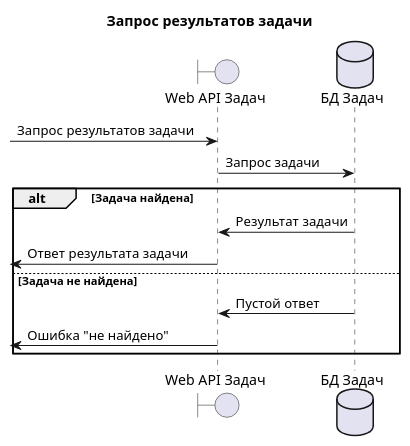
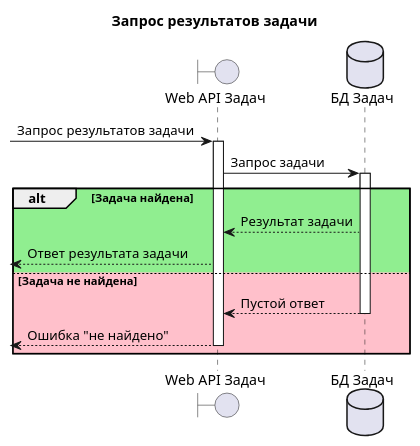
Before and after one commit to mrypdm/JobSystem: the second of 3 diagrams in docs/diagrams/sequence/Jobs.WebApi.puml, drawn with PlantUML. The commit also changed other lines of this file and 2 other files, not shown here.

Commit message:
improve sequences

```diff
--- a/docs/diagrams/sequence/Jobs.WebApi.puml
+++ b/docs/diagrams/sequence/Jobs.WebApi.puml
@@ -26,23 +28,23 @@
 @startuml Get Job result
 
 title Запрос результатов задачи
 
 boundary "Web API Задач" as API
 database "БД Задач" as DB
 
-[-> API: Запрос результатов задачи
-API -> DB: Запрос задачи
+[-> API++: Запрос результатов задачи
+API -> DB++: Запрос задачи
 
-alt Задача найдена
+alt #LightGreen Задача найдена
 
-    DB -> API: Результат задачи
-    API ->[: Ответ результата задачи
+    DB --> API: Результат задачи
+    API -->[: Ответ результата задачи
 
-else Задача не найдена
+else #Pink Задача не найдена
 
-    DB -> API: Пустой ответ
-    API ->[: Ошибка "не найдено"
+    DB --> API--: Пустой ответ
+    API -->[--: Ошибка "не найдено"
 
 end
 
 @enduml
```
